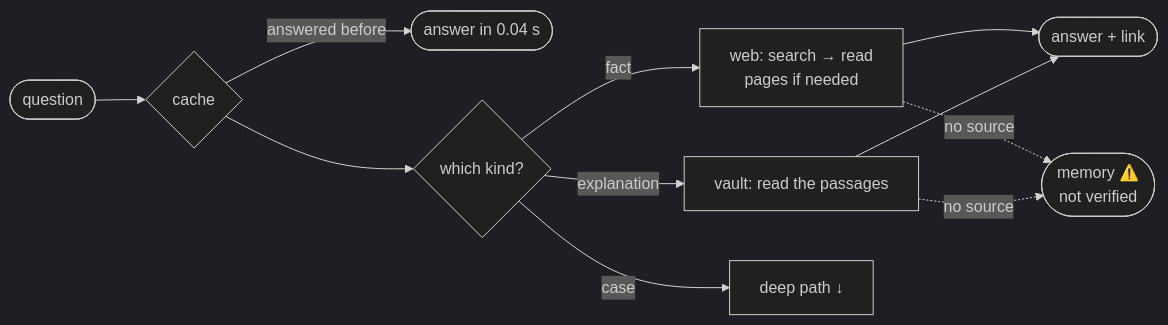
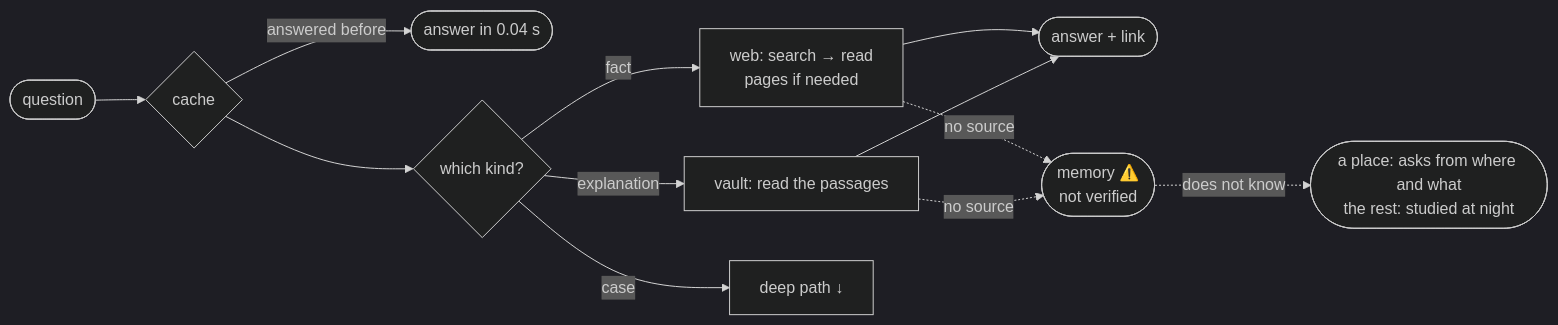
Before and after one commit to Soliton0382/A.U.R.O.R.A.: the first of 5 diagrams in README.en.md, drawn with Mermaid (dark theme). The commit also changed other lines of this file and 14 other files, not shown here.

````diff
--- a/README.en.md
+++ b/README.en.md
@@ -96,10 +96,11 @@
 ```mermaid
 flowchart LR
   Q([question]) --> H{cache}
   H -- answered before --> O2([answer in 0.04 s])
   H --> K2{which kind?}
   K2 -- fact --> WB[web: search → read<br/>pages if needed] --> O3([answer + link])
   K2 -- explanation --> VR[vault: read the passages] --> O3
   K2 -- case --> P[deep path ↓]
   WB & VR -. no source .-> ME([memory ⚠️<br/>not verified])
+  ME -. does not know .-> AB([a place: asks from where and what<br/>the rest: studied at night])
 ```
````
